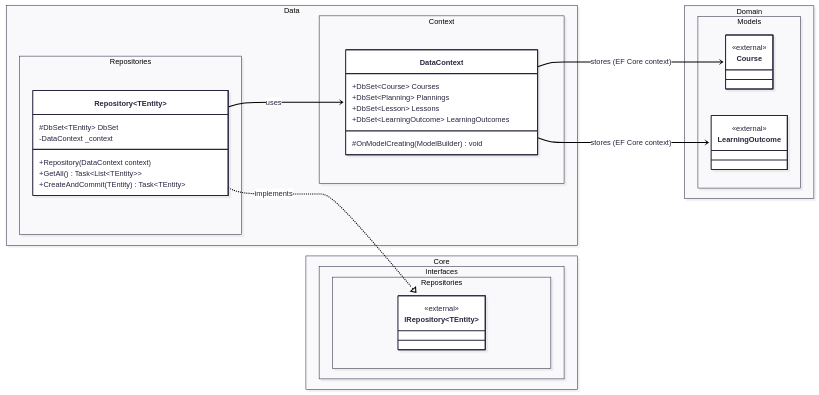
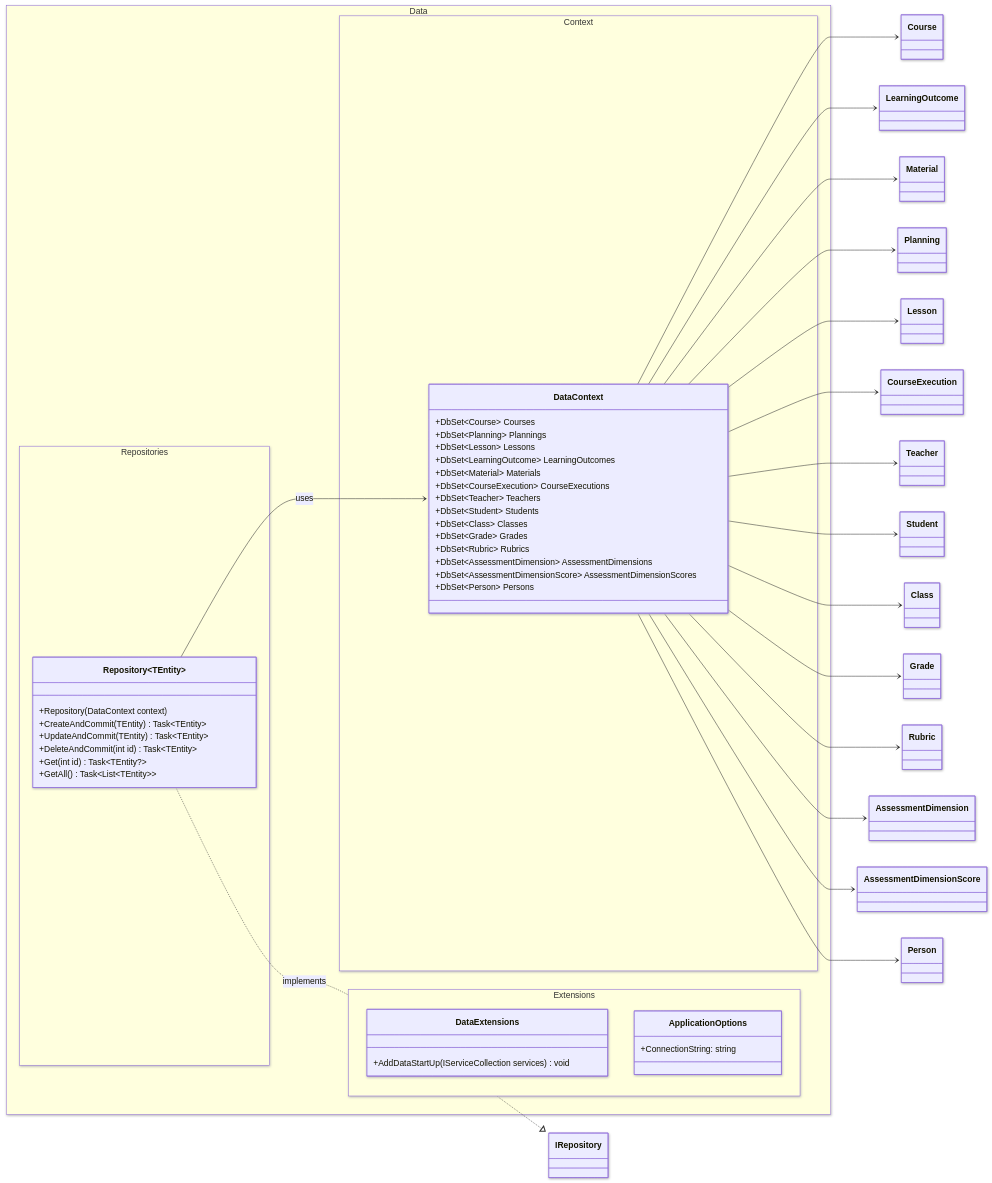
Before and after one commit to kelvin0307/oose: the diagram in Data/Diagrams/Data.mermaid, drawn with Mermaid. The commit also changed 18 other files, not shown here.

Commit message:
grade students functionality

```diff
--- a/Data/Diagrams/Data.mermaid
+++ b/Data/Diagrams/Data.mermaid
@@ -1,49 +1,80 @@
 ---
 config:
   look: neo
-  theme: redux
+  theme: default
   layout: dagre
 ---
 classDiagram
 direction LR    
     namespace Data.Repositories {
         class Repository~TEntity~ {
-            #DbSet~TEntity~ DbSet
-            -DataContext _context
             +Repository(DataContext context)
+            +CreateAndCommit(TEntity) Task~TEntity~
+            +UpdateAndCommit(TEntity) Task~TEntity~
+            +DeleteAndCommit(int id) Task~TEntity~
+            +Get(int id) Task~TEntity?~
             +GetAll() Task~List~TEntity~~
-            +CreateAndCommit(TEntity) Task~TEntity~
         }
     }
 
     namespace Data.Context {
         class DataContext {
             +DbSet~Course~ Courses
             +DbSet~Planning~ Plannings
             +DbSet~Lesson~ Lessons
             +DbSet~LearningOutcome~ LearningOutcomes
-            #OnModelCreating(ModelBuilder) void
+            +DbSet~Material~ Materials
+            +DbSet~CourseExecution~ CourseExecutions
+            +DbSet~Teacher~ Teachers
+            +DbSet~Student~ Students
+            +DbSet~Class~ Classes
+            +DbSet~Grade~ Grades
+            +DbSet~Rubric~ Rubrics
+            +DbSet~AssessmentDimension~ AssessmentDimensions
+            +DbSet~AssessmentDimensionScore~ AssessmentDimensionScores
+            +DbSet~Person~ Persons
         }
     }
 
-    namespace Core.Interfaces.Repositories {
-        class IRepository~TEntity~{
-            <<external>>
+    namespace Data.Extensions {
+        class DataExtensions {
+            +AddDataStartUp(IServiceCollection services) void
+        }
+
+        class ApplicationOptions {
+            +ConnectionString: string
         }
     }
 
-    namespace Domain.Models{
-        class Course{
-            <<external>>
-        }
+    %% Domain models referenced by Data project
+    class Course
+    class Planning
+    class Lesson
+    class LearningOutcome
+    class Material
+    class CourseExecution
+    class Teacher
+    class Student
+    class Class
+    class Grade
+    class Rubric
+    class AssessmentDimension
+    class AssessmentDimensionScore
+    class Person
 
-        class LearningOutcome{
-            <<external>>
-        }
-    }
-
-%% Relations
     Repository~TEntity~ --> DataContext : uses
     Repository~TEntity~ ..|> IRepository : implements
-    DataContext --> Course : stores (EF Core context)
-    DataContext --> LearningOutcome : stores (EF Core context)
+    DataContext --> Course
+    DataContext --> LearningOutcome
+    DataContext --> Material
+    DataContext --> Planning
+    DataContext --> Lesson
+    DataContext --> CourseExecution
+    DataContext --> Teacher
+    DataContext --> Student
+    DataContext --> Class
+    DataContext --> Grade
+    DataContext --> Rubric
+    DataContext --> AssessmentDimension
+    DataContext --> AssessmentDimensionScore
+    DataContext --> Person
```
